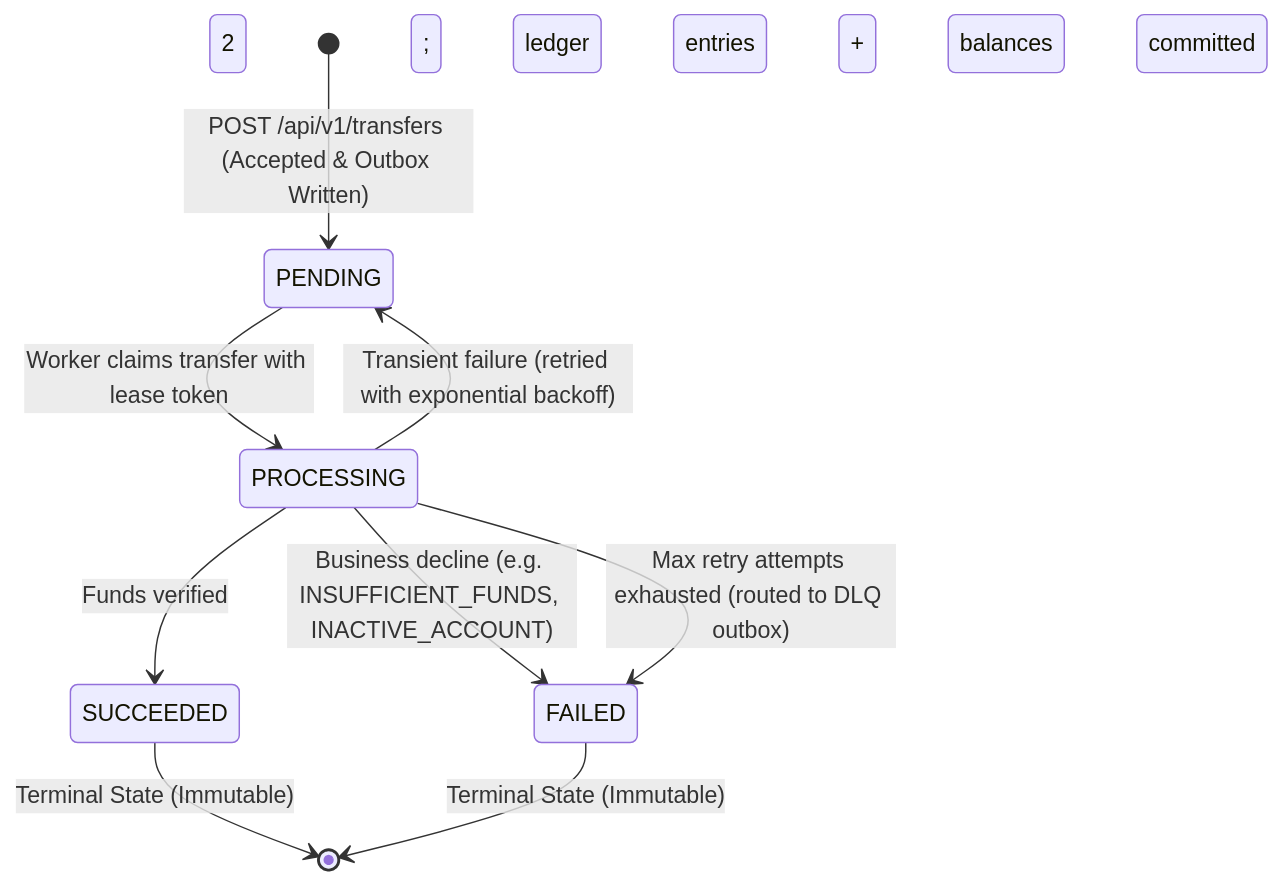
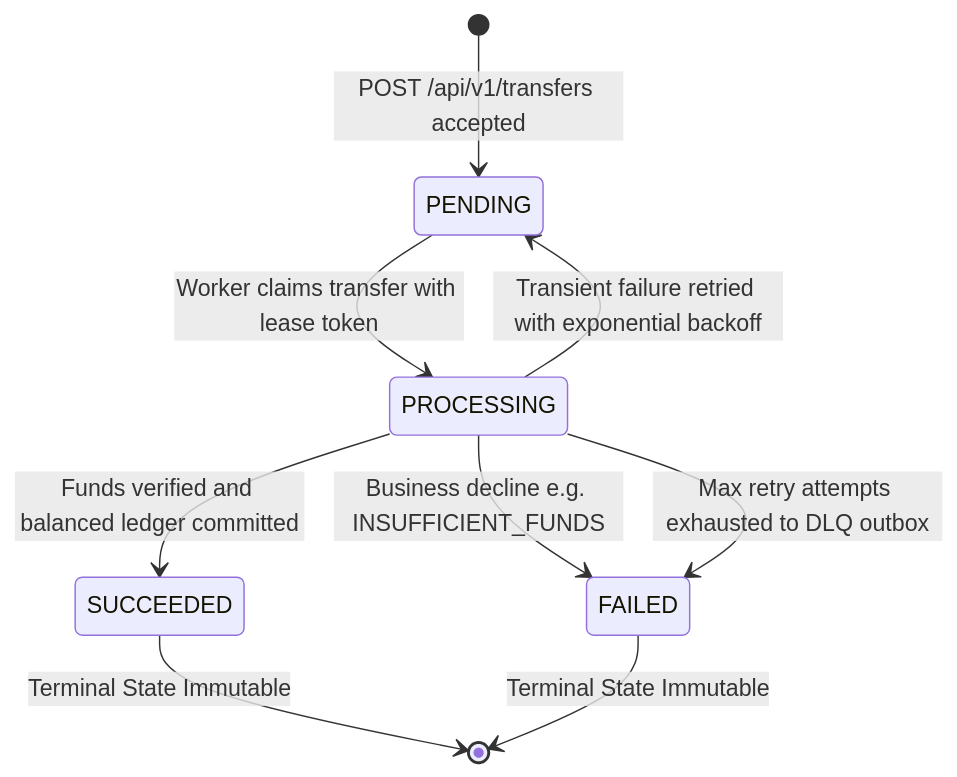
One commit to GouravSharma26/PayRail changed the second of 3 diagrams in README.md. Above: the diagram before and after it, drawn with Mermaid. The commit also changed other lines of this file, not shown here.

Commit message:
docs: fix Mermaid diagram syntax in README for GitHub renderer

````diff
--- a/README.md
+++ b/README.md
@@ -73,14 +73,14 @@
 ```mermaid
 stateDiagram-v2
-    [*] --> PENDING: POST /api/v1/transfers (Accepted & Outbox Written)
+    [*] --> PENDING: POST /api/v1/transfers accepted
     
     PENDING --> PROCESSING: Worker claims transfer with lease token
     
-    PROCESSING --> SUCCEEDED: Funds verified; 2 ledger entries + balances committed
-    PROCESSING --> FAILED: Business decline (e.g. INSUFFICIENT_FUNDS, INACTIVE_ACCOUNT)
-    PROCESSING --> PENDING: Transient failure (retried with exponential backoff)
-    PROCESSING --> FAILED: Max retry attempts exhausted (routed to DLQ outbox)
+    PROCESSING --> SUCCEEDED: Funds verified and balanced ledger committed
+    PROCESSING --> FAILED: Business decline e.g. INSUFFICIENT_FUNDS
+    PROCESSING --> PENDING: Transient failure retried with exponential backoff
+    PROCESSING --> FAILED: Max retry attempts exhausted to DLQ outbox
     
-    SUCCEEDED --> [*]: Terminal State (Immutable)
-    FAILED --> [*]: Terminal State (Immutable)
+    SUCCEEDED --> [*]: Terminal State Immutable
+    FAILED --> [*]: Terminal State Immutable
 ```
````
